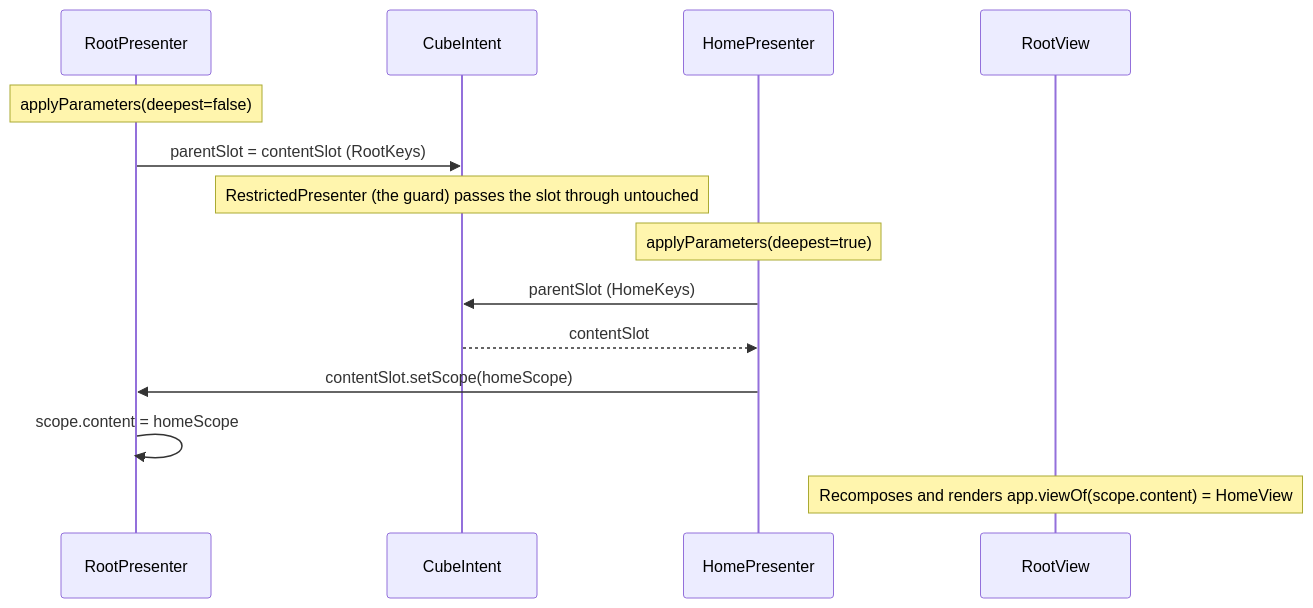
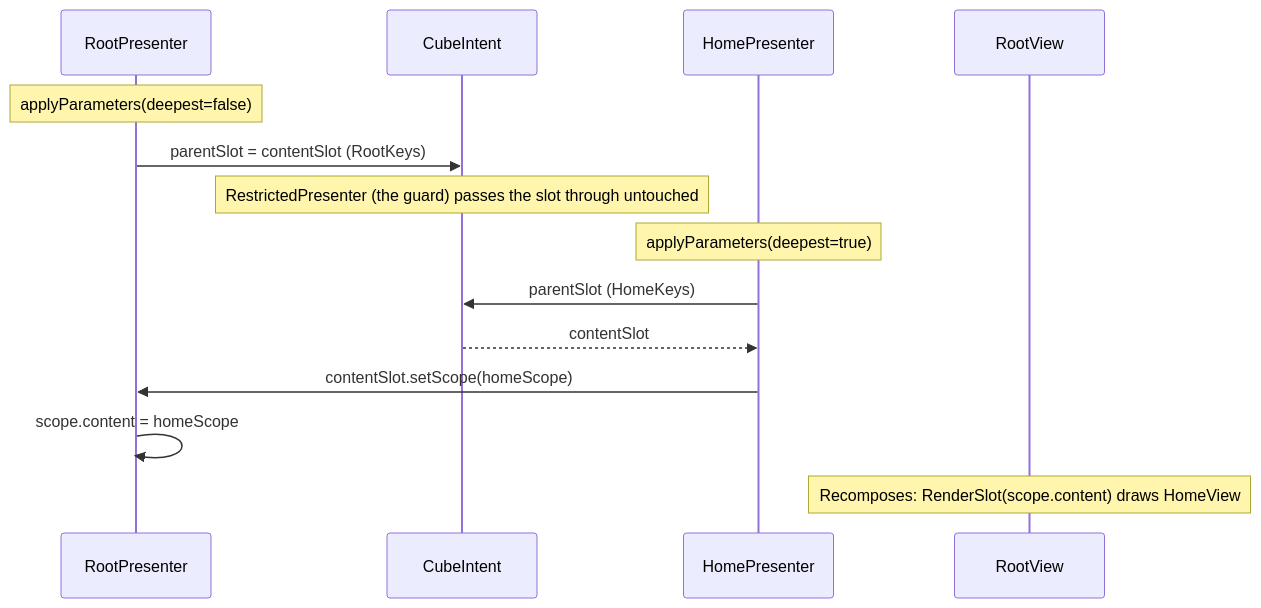
The seventh of 10 diagrams in docs/architecture.md (mrcdom/wdc-cube-kotlin), drawn with Mermaid before and after one commit. The commit also changed other lines of this file and 9 other files, not shown here.

````diff
--- a/docs/architecture.md
+++ b/docs/architecture.md
@@ -369,18 +369,18 @@
 ```mermaid
 sequenceDiagram
     participant Root as RootPresenter
     participant Intent as CubeIntent
     participant Home as HomePresenter
     participant RootView as RootView
 
     Note over Root: applyParameters(deepest=false)
     Root->>Intent: parentSlot = contentSlot (RootKeys)
 
     Note over Intent: RestrictedPresenter (the guard) passes the slot through untouched
     Note over Home: applyParameters(deepest=true)
     Home->>Intent: parentSlot (HomeKeys)
     Intent-->>Home: contentSlot
     Home->>Root: contentSlot.setScope(homeScope)
     Root->>Root: scope.content = homeScope
-    Note over RootView: Recomposes and renders app.viewOf(scope.content) = HomeView
+    Note over RootView: Recomposes: RenderSlot(scope.content) draws HomeView
 ```
````
